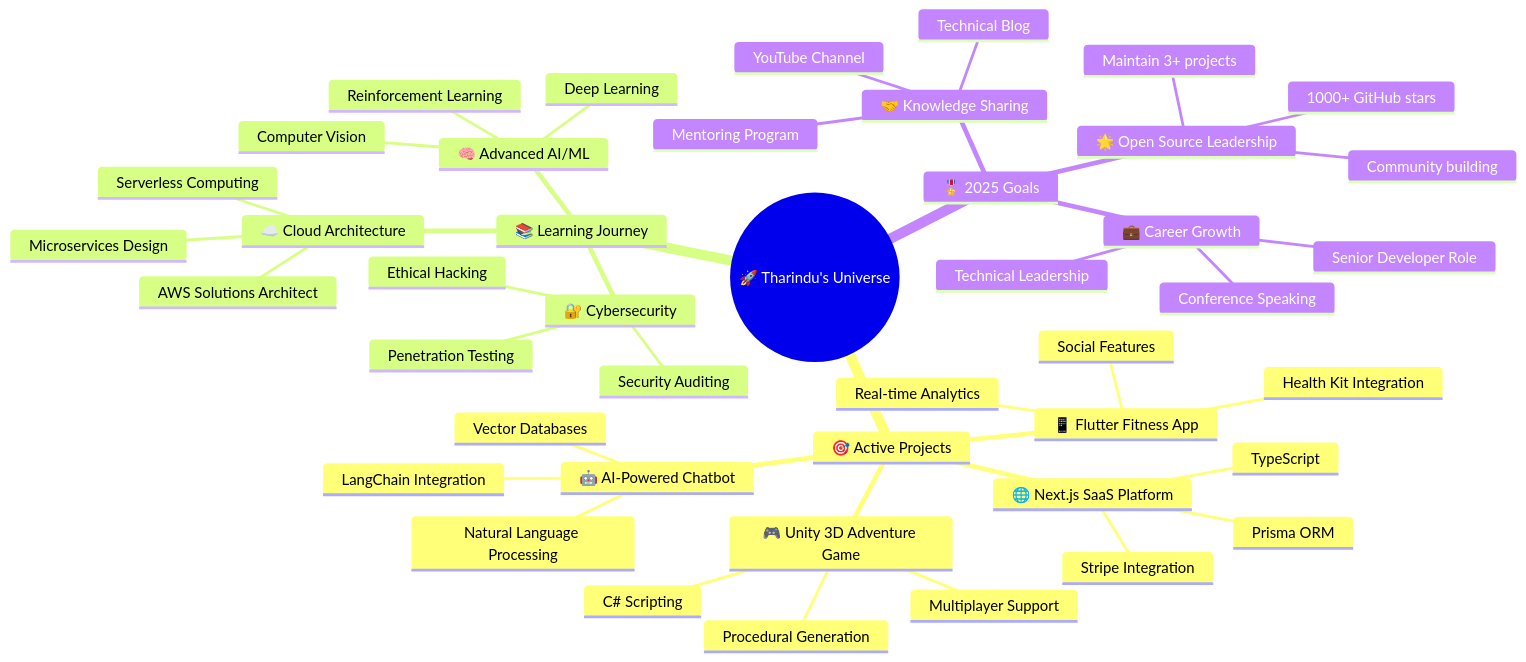
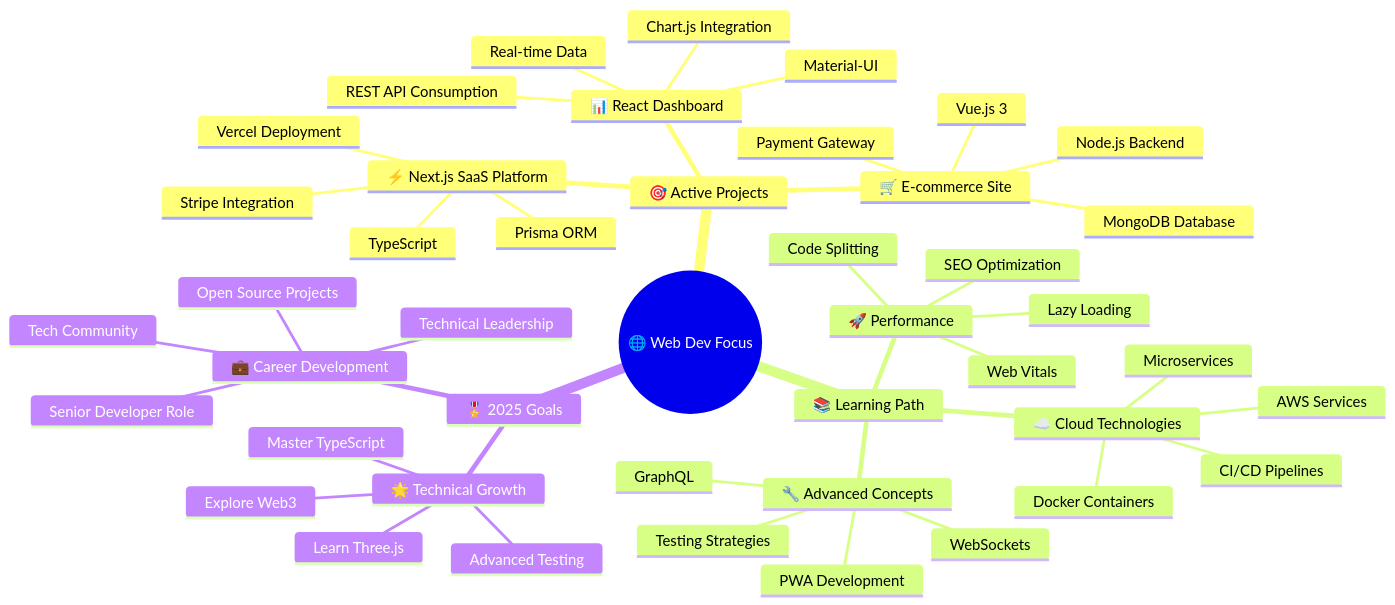
One commit to CrazeSliit/CrazeSliit changed the diagram in README.md. Above: the diagram before and after it, drawn with Mermaid. The commit also changed other lines of this file, not shown here.

````diff
--- a/README.md
+++ b/README.md
@@ -291,49 +211,49 @@
 ```mermaid
 mindmap
-  root((🚀 Tharindu's Universe))
+  root((🌐 Web Dev Focus))
     🎯 Active Projects
-      🌐 Next.js SaaS Platform
+      ⚡ Next.js SaaS Platform
         TypeScript
         Prisma ORM
         Stripe Integration
-      📱 Flutter Fitness App
-        Health Kit Integration
-        Real-time Analytics
-        Social Features
-      🎮 Unity 3D Adventure Game
-        C# Scripting
-        Procedural Generation
-        Multiplayer Support
-      🤖 AI-Powered Chatbot
-        Natural Language Processing
-        Vector Databases
-        LangChain Integration
-    
-    📚 Learning Journey
-      ☁️ Cloud Architecture
-        AWS Solutions Architect
-        Serverless Computing
-        Microservices Design
-      🧠 Advanced AI/ML
-        Deep Learning
-        Computer Vision
-        Reinforcement Learning
-      🔐 Cybersecurity
-        Ethical Hacking
-        Penetration Testing
-        Security Auditing
+        Vercel Deployment
+      📊 React Dashboard
+        Real-time Data
+        Chart.js Integration
+        Material-UI
+        REST API Consumption
+      🛒 E-commerce Site
+        Vue.js 3
+        Node.js Backend
+        MongoDB Database
+        Payment Gateway
+      
+    📚 Learning Path
+      ☁️ Cloud Technologies
+        AWS Services
+        Docker Containers
+        CI/CD Pipelines
+        Microservices
+      🚀 Performance
+        Code Splitting
+        Lazy Loading
+        Web Vitals
+        SEO Optimization
+      🔧 Advanced Concepts
+        GraphQL
+        WebSockets
+        PWA Development
+        Testing Strategies
       
     🎖️ 2025 Goals
-      🌟 Open Source Leadership
-        Maintain 3+ projects
-        1000+ GitHub stars
-        Community building
-      💼 Career Growth
+      🌟 Technical Growth
+        Master TypeScript
+        Learn Three.js
+        Explore Web3
+        Advanced Testing
+      💼 Career Development
         Senior Developer Role
         Technical Leadership
-        Conference Speaking
-      🤝 Knowledge Sharing
-        Technical Blog
-        YouTube Channel
-        Mentoring Program
+        Open Source Projects
+        Tech Community
 ```
````
